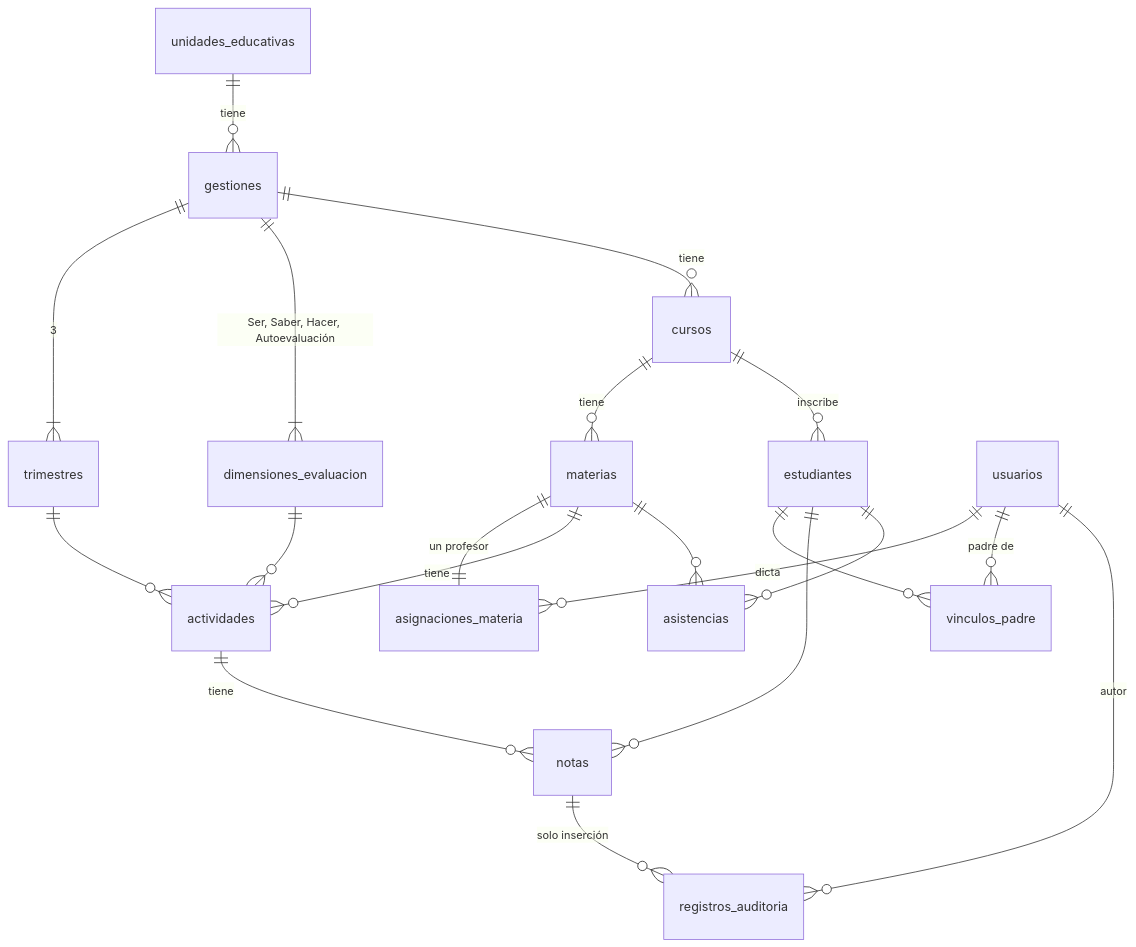
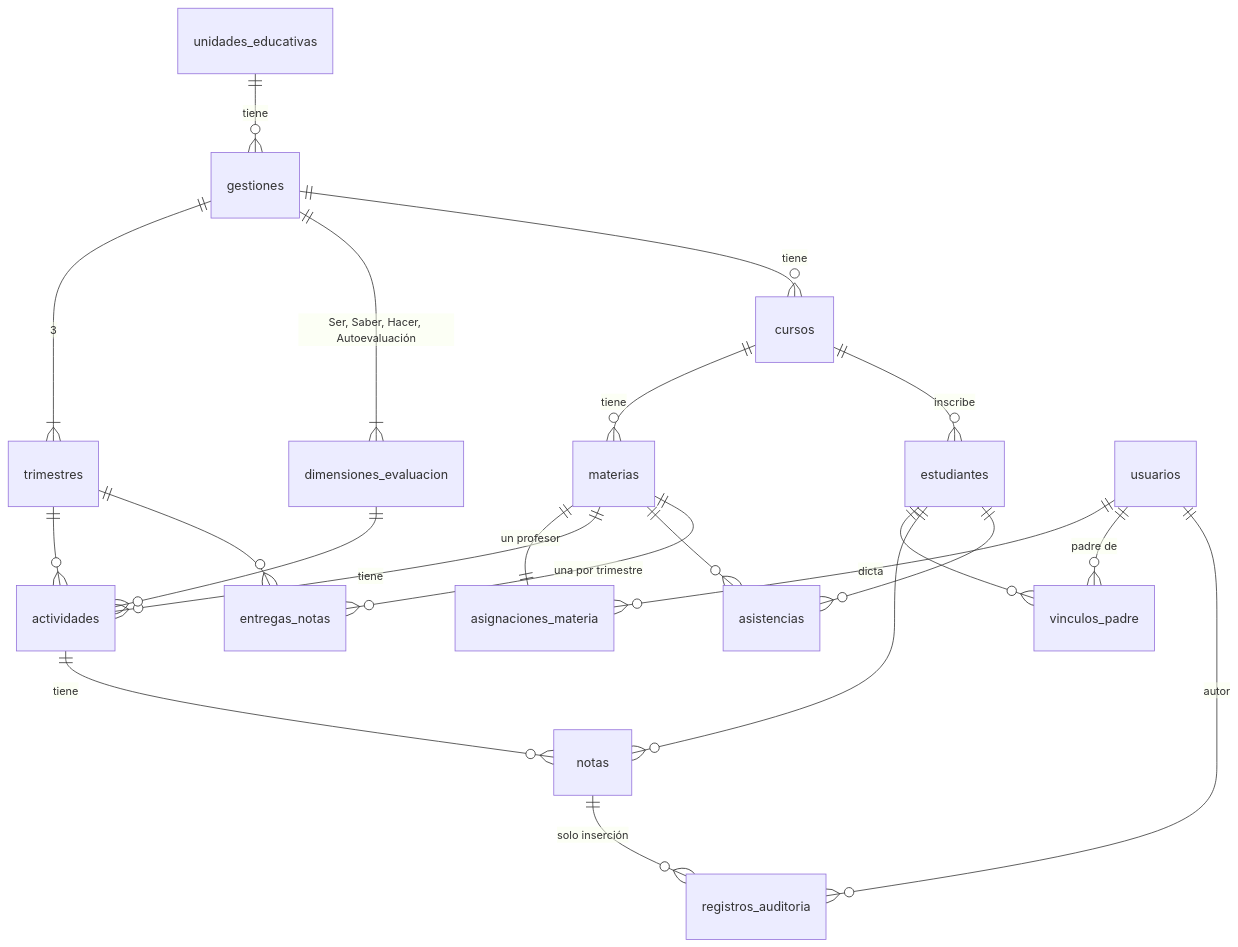
Before and after one commit to lujan-99/calisfacu: the third of 3 diagrams in docs/sad/SAD-CalisFacu.md, drawn with Mermaid. The commit also changed other lines of this file and 18 other files, not shown here.

First line of the commit message:
feat(notas): API del control de entrega de notas por curso

````diff
--- a/docs/sad/SAD-CalisFacu.md
+++ b/docs/sad/SAD-CalisFacu.md
@@ -101,22 +103,24 @@
 ```mermaid
 erDiagram
   unidades_educativas ||--o{ gestiones : tiene
   gestiones ||--|{ trimestres : "3"
   gestiones ||--|{ dimensiones_evaluacion : "Ser, Saber, Hacer, Autoevaluación"
   gestiones ||--o{ cursos : tiene
   cursos ||--o{ materias : tiene
   cursos ||--o{ estudiantes : inscribe
   materias ||--|| asignaciones_materia : "un profesor"
   usuarios ||--o{ asignaciones_materia : dicta
   usuarios ||--o{ vinculos_padre : "padre de"
   estudiantes ||--o{ vinculos_padre : ""
   materias ||--o{ actividades : tiene
   trimestres ||--o{ actividades : ""
   dimensiones_evaluacion ||--o{ actividades : ""
   actividades ||--o{ notas : tiene
   estudiantes ||--o{ notas : ""
   notas ||--o{ registros_auditoria : "solo inserción"
   usuarios ||--o{ registros_auditoria : autor
   materias ||--o{ asistencias : ""
   estudiantes ||--o{ asistencias : ""
+  materias ||--o{ entregas_notas : "una por trimestre"
+  trimestres ||--o{ entregas_notas : ""
 ```
````
